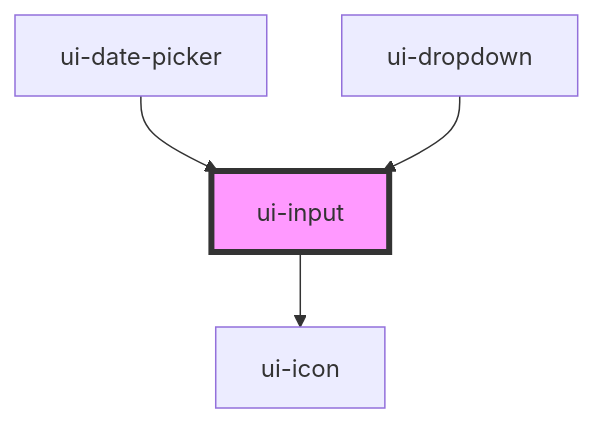
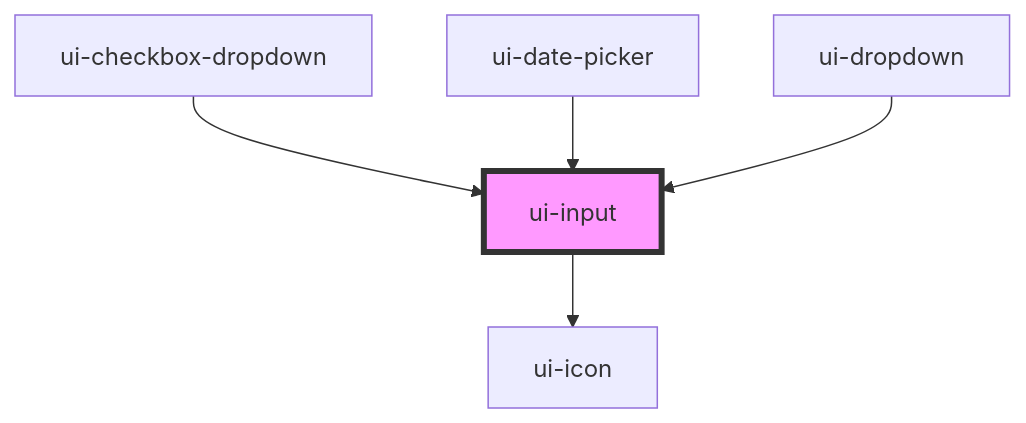
Before and after one commit to karan-technous/web-componenets-custome-lib: the diagram in ui-platform/packages/web-components/src/components/ui-input/readme.md, drawn with Mermaid. The commit also changed other lines of this file and 28 other files, not shown here.

Commit message:
checkbox dropdown component and spinner component done

````diff
--- a/ui-platform/packages/web-components/src/components/ui-input/readme.md
+++ b/ui-platform/packages/web-components/src/components/ui-input/readme.md
@@ -43,7 +47,8 @@
 ```mermaid
 graph TD;
   ui-input --> ui-icon
+  ui-checkbox-dropdown --> ui-input
   ui-date-picker --> ui-input
   ui-dropdown --> ui-input
   style ui-input fill:#f9f,stroke:#333,stroke-width:4px
 ```
````
